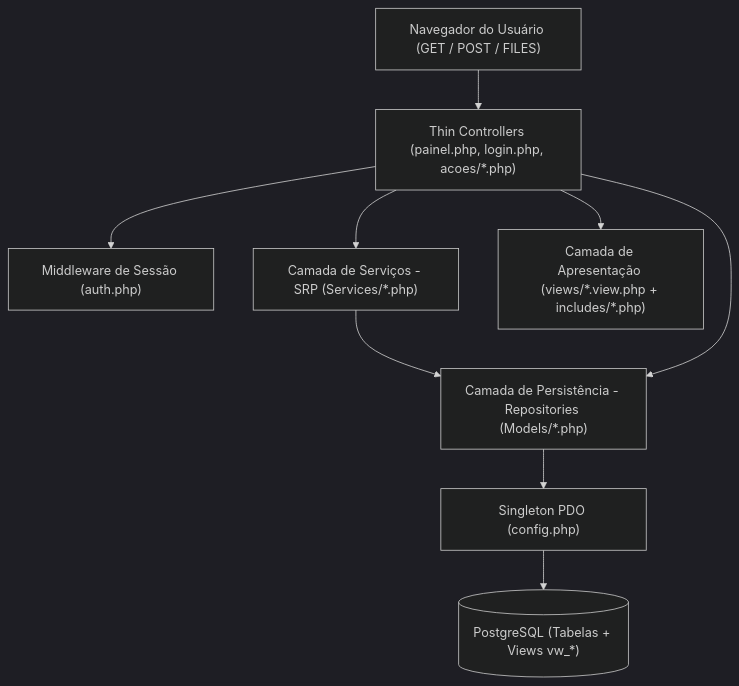
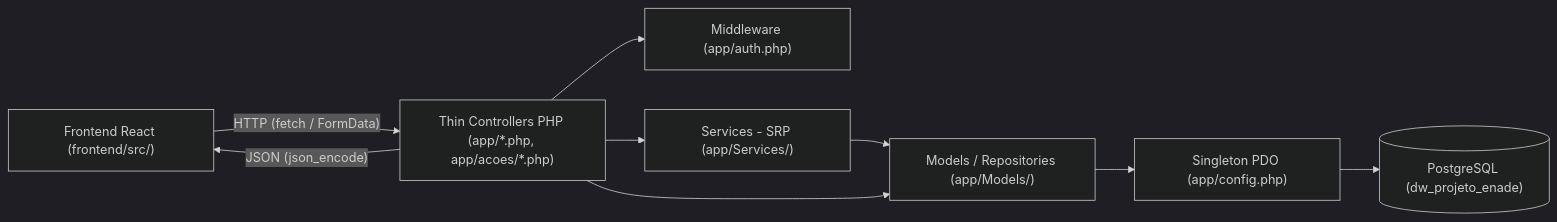
One commit to kkcire/DW_PainelENADE changed the diagram in docs/ARQUITETURA.md. Above: the diagram before and after it, drawn with Mermaid (dark theme). The commit also changed other lines of this file and 39 other files, not shown here.

````diff
--- a/docs/ARQUITETURA.md
+++ b/docs/ARQUITETURA.md
@@ -11,11 +71,11 @@
 ```mermaid
-flowchart TD
-    Browser["Navegador do Usuário (GET / POST / FILES)"] --> Controller["Thin Controllers (painel.php, login.php, acoes/*.php)"]
-    Controller --> Auth["Middleware de Sessão (auth.php)"]
-    Controller --> Service["Camada de Serviços - SRP (Services/*.php)"]
-    Service --> Repo["Camada de Persistência - Repositories (Models/*.php)"]
+flowchart LR
+    React["Frontend React (frontend/src/)"] -- "HTTP (fetch / FormData)" --> Controller["Thin Controllers PHP (app/*.php, app/acoes/*.php)"]
+    Controller -- "JSON (json_encode)" --> React
+    Controller --> Auth["Middleware (app/auth.php)"]
+    Controller --> Service["Services - SRP (app/Services/)"]
+    Service --> Repo["Models / Repositories (app/Models/)"]
     Controller --> Repo
-    Repo --> Config["Singleton PDO (config.php)"]
-    Config --> DB[("PostgreSQL (Tabelas + Views vw_*)")]
-    Controller --> View["Camada de Apresentação (views/*.view.php + includes/*.php)"]
+    Repo --> PDO["Singleton PDO (app/config.php)"]
+    PDO --> PG[("PostgreSQL (dw_projeto_enade)")]
 ```
````
